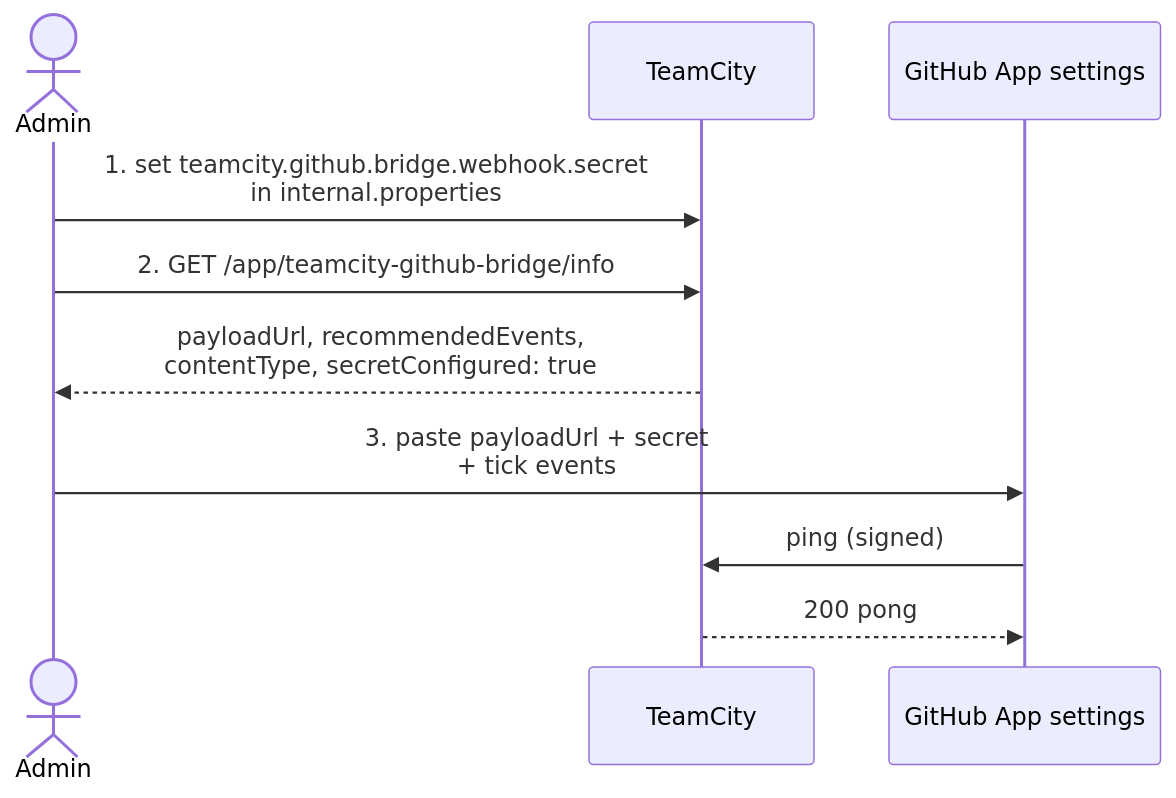
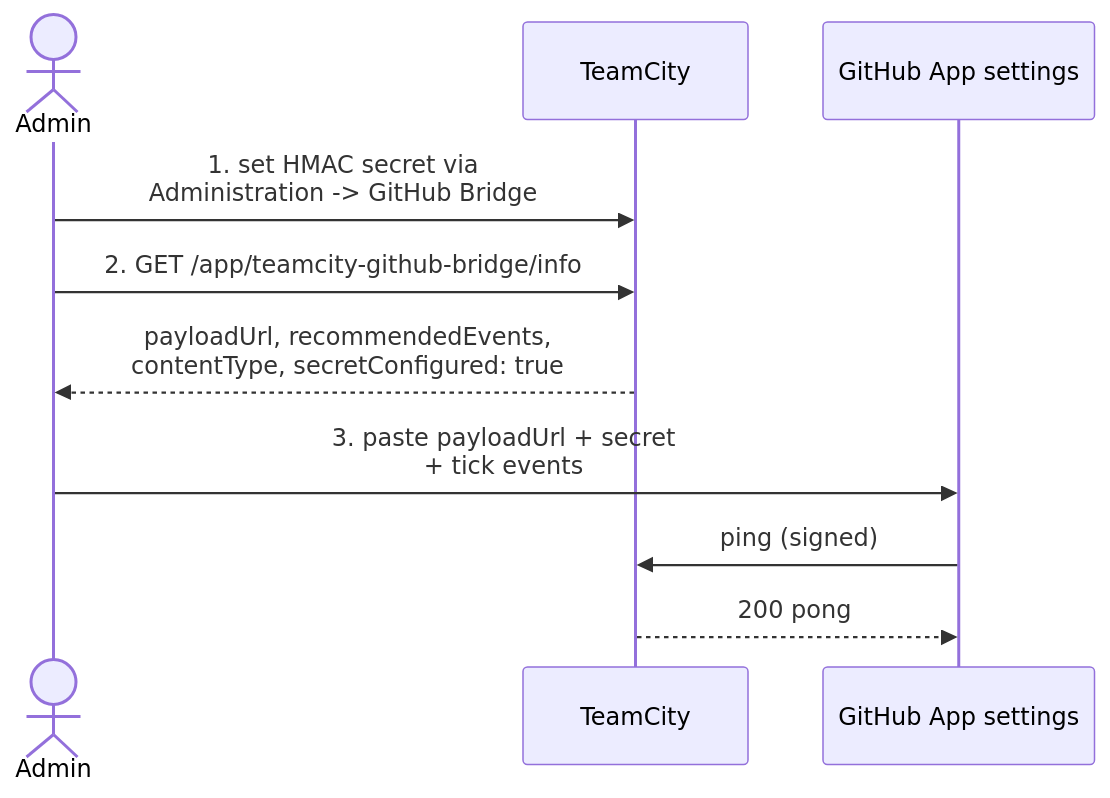
Before and after one commit to Silmaen/teamcity-github: the second of 2 diagrams in doc/webhook-setup.md, drawn with Mermaid. The commit also changed other lines of this file and 64 other files, not shown here.

````diff
--- a/doc/webhook-setup.md
+++ b/doc/webhook-setup.md
@@ -39,13 +47,13 @@
 ```mermaid
 sequenceDiagram
     actor Admin
     participant TC as TeamCity
     participant GH as GitHub App settings
 
-    Admin->>TC: 1. set teamcity.github.bridge.webhook.secret<br/>in internal.properties
+    Admin->>TC: 1. set HMAC secret via<br/>Administration -> GitHub Bridge
     Admin->>TC: 2. GET /app/teamcity-github-bridge/info
     TC-->>Admin: payloadUrl, recommendedEvents,<br/>contentType, secretConfigured: true
     Admin->>GH: 3. paste payloadUrl + secret<br/>+ tick events
     GH->>TC: ping (signed)
     TC-->>GH: 200 pong
 ```
````
